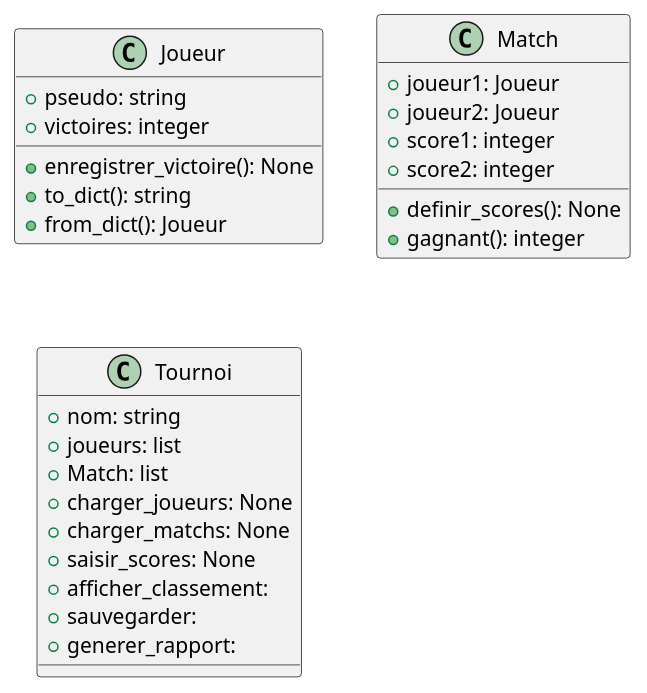
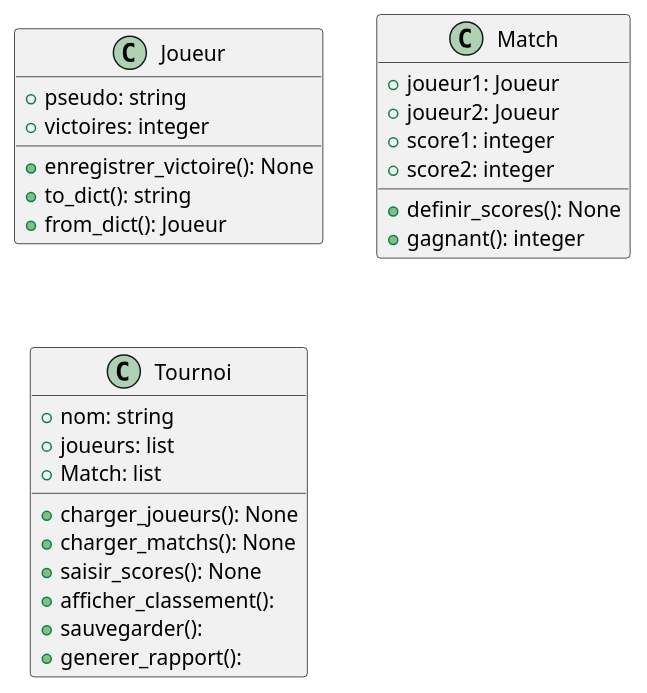
The diagram in UML/classe.puml (Ayoubsahel/TP2), drawn with PlantUML before and after one commit.

```diff
--- a/UML/classe.puml
+++ b/UML/classe.puml
@@ -1,31 +1,29 @@
 @startuml
 class Joueur{ 
     + pseudo: string
     + victoires: integer    
     + enregistrer_victoire(): None
     + to_dict(): string
     + from_dict(): Joueur
 }
 class Match{
     + joueur1: Joueur
     + joueur2: Joueur
     + score1: integer
     + score2: integer
     + definir_scores(): None
     + gagnant(): integer
 }
 class Tournoi{
     + nom: string 
     + joueurs: list
     + Match: list
-    + charger_joueurs: None
-    + charger_matchs: None
-    + saisir_scores: None
-    + afficher_classement:
-    + sauvegarder: 
-    + generer_rapport:
+    + charger_joueurs(): None
+    + charger_matchs(): None
+    + saisir_scores(): None
+    + afficher_classement():
+    + sauvegarder(): 
+    + generer_rapport():
 }
 
-
-
 @enduml
```
